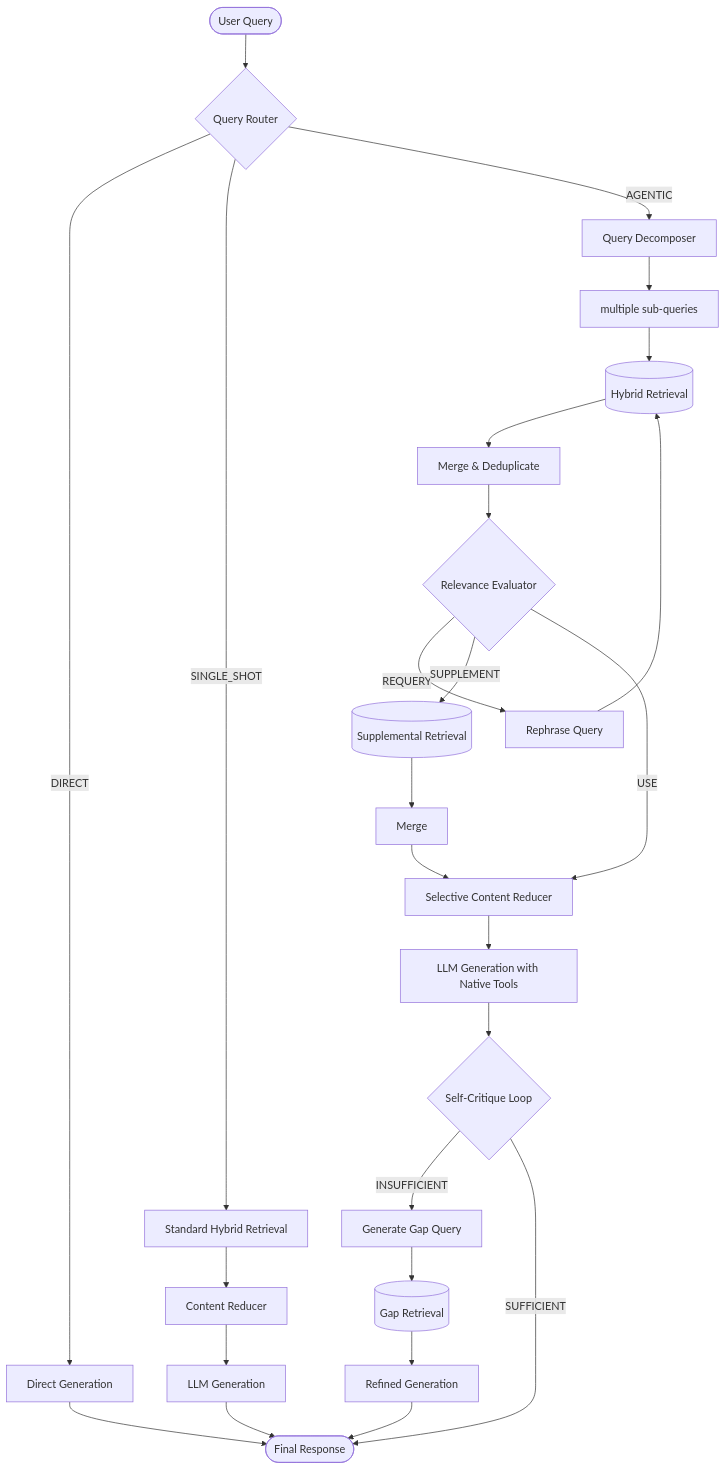
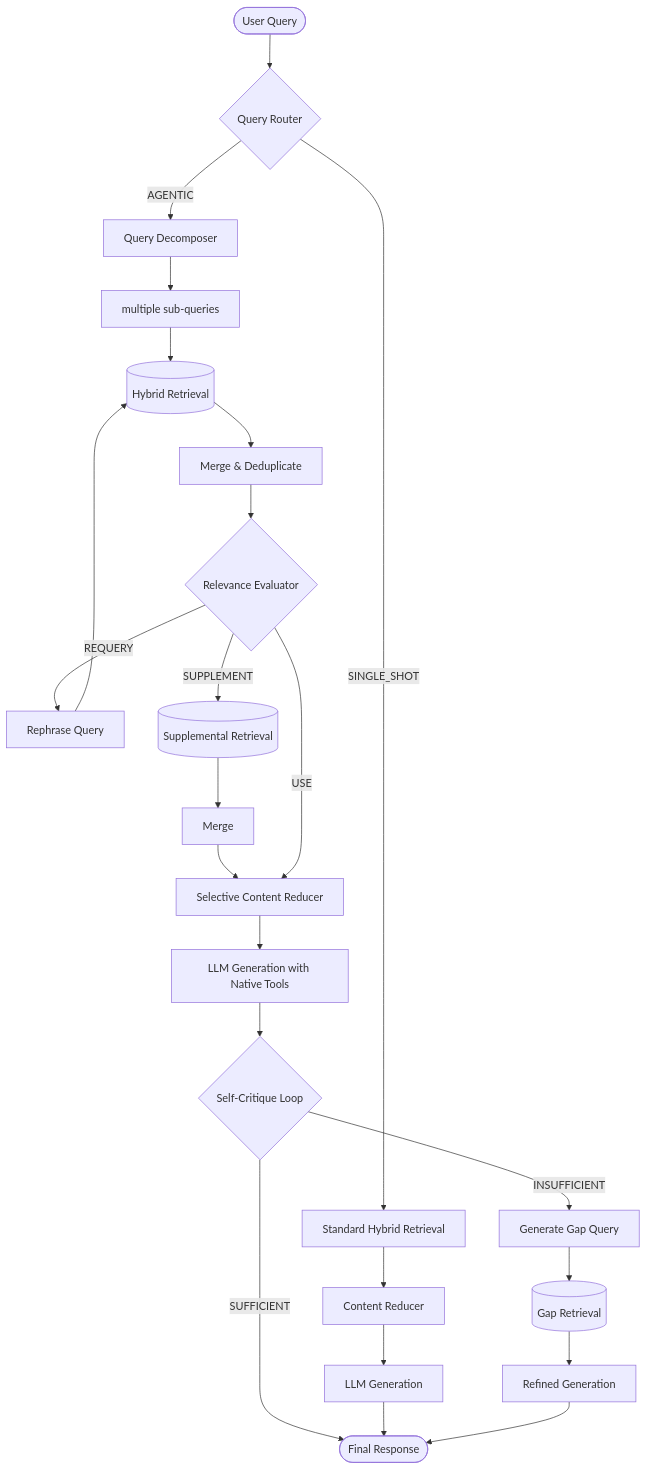
The diagram in Agents.md (LikhithV02/Anvit), drawn with Mermaid before and after one commit. The commit also changed other lines of this file and 108 other files, not shown here.

````diff
--- a/Agents.md
+++ b/Agents.md
@@ -9,47 +9,45 @@
 ```mermaid
 flowchart TD
     UserQuery([User Query])
-    
+
     %% Routing
     Router{Query Router}
     UserQuery --> Router
-    
-    Router -->|DIRECT| DirectGen[Direct Generation]
+
     Router -->|SINGLE_SHOT| SingleRet[Standard Hybrid Retrieval]
     Router -->|AGENTIC| Decomposer[Query Decomposer]
-    
+
     %% Single-Shot Flow
     SingleRet --> SingleRed[Content Reducer]
     SingleRed --> SingleGen[LLM Generation]
-    
+
     %% Agentic Flow
     Decomposer --> SubQ[multiple sub-queries]
     SubQ --> AgenticRet[(Hybrid Retrieval)]
     AgenticRet --> MergeRRF[Merge & Deduplicate]
-    
+
     MergeRRF --> Evaluator{Relevance Evaluator}
-    
+
     Evaluator -->|REQUERY| Rephrase[Rephrase Query]
     Rephrase --> AgenticRet
-    
+
     Evaluator -->|SUPPLEMENT| SuppRet[(Supplemental Retrieval)]
     SuppRet --> MergeSupp[Merge]
     MergeSupp --> Reducer
-    
+
     Evaluator -->|USE| Reducer[Selective Content Reducer]
-    
+
     Reducer --> AgenticGen[LLM Generation with Native Tools]
-    
-    %% Self Critique Flow
+
+    %% Self-Critique Flow
     AgenticGen --> Critique{Self-Critique Loop}
     Critique -->|INSUFFICIENT| GapQuery[Generate Gap Query]
     GapQuery --> ExtraRet[(Gap Retrieval)]
     ExtraRet --> RefinedGen[Refined Generation]
-    
+
     Critique -->|SUFFICIENT| FinalResponse
-    
+
     %% Terminations
-    DirectGen --> FinalResponse([Final Response])
-    SingleGen --> FinalResponse
+    SingleGen --> FinalResponse([Final Response])
     RefinedGen --> FinalResponse
 ```
````
